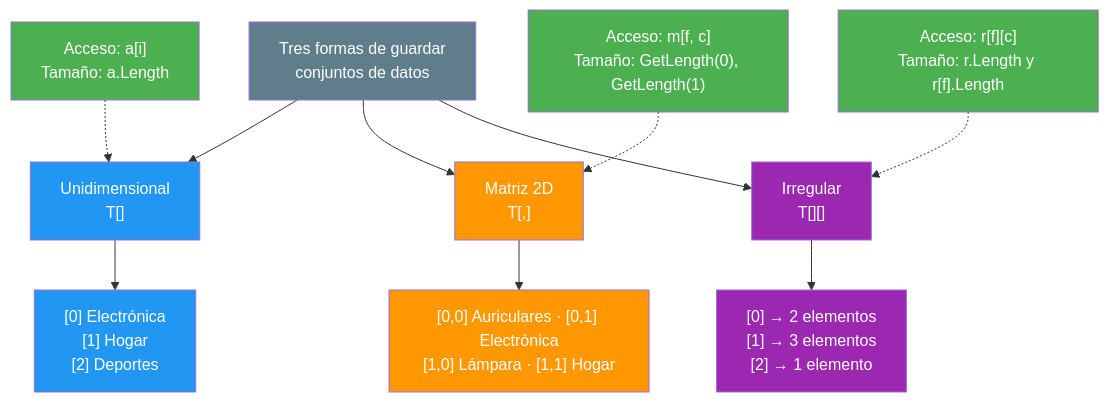
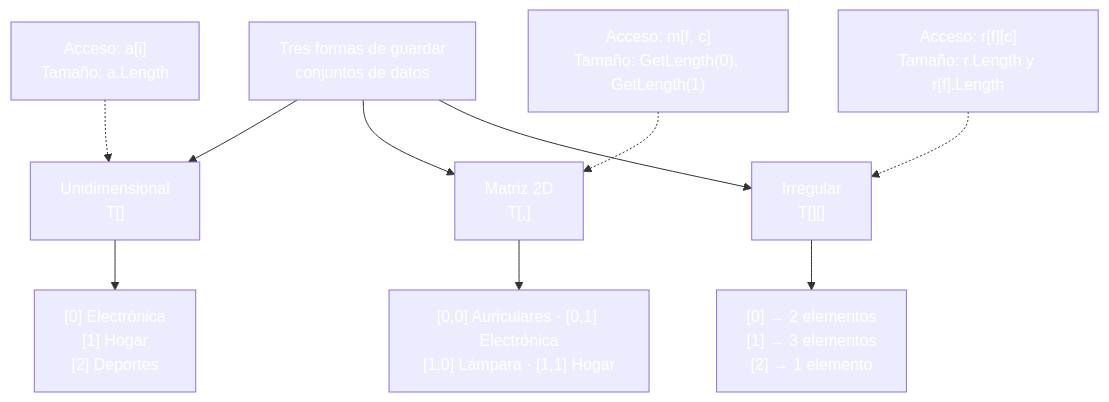
Before and after one commit to joseluisgs/DesarrolloWebEntornosServidor-03-2026-2027: the fourth of 4 diagrams in 03-estructuras-control.md, drawn with Mermaid. The commit also changed other lines of this file and 30 other files, not shown here.

````diff
--- a/03-estructuras-control.md
+++ b/03-estructuras-control.md
@@ -437,25 +437,25 @@
 ```mermaid
 graph TD
     A["Tres formas de guardar<br/>conjuntos de datos"] --> B["Unidimensional<br/>T[]"]
     A --> C["Matriz 2D<br/>T[,]"]
     A --> D["Irregular<br/>T[][]"]
 
     B --> B0["[0] Electrónica<br/>[1] Hogar<br/>[2] Deportes"]
     C --> C0["[0,0] Auriculares · [0,1] Electrónica<br/>[1,0] Lámpara · [1,1] Hogar"]
     D --> D0["[0] → 2 elementos<br/>[1] → 3 elementos<br/>[2] → 1 elemento"]
 
     B1["Acceso: a[i]<br/>Tamaño: a.Length"] -.-> B
     C1["Acceso: m[f, c]<br/>Tamaño: GetLength(0), GetLength(1)"] -.-> C
     D1["Acceso: r[f][c]<br/>Tamaño: r.Length y r[f].Length"] -.-> D
 
-    style A fill:#607D8B,color:#fff
-    style B fill:#2196F3,color:#fff
-    style C fill:#FF9800,color:#fff
-    style D fill:#9C27B0,color:#fff
-    style B0 fill:#2196F3,color:#fff
-    style C0 fill:#FF9800,color:#fff
-    style D0 fill:#9C27B0,color:#fff
-    style B1 fill:#4CAF50,color:#fff
-    style C1 fill:#4CAF50,color:#fff
-    style D1 fill:#4CAF50,color:#fff
+    style A fill:#607D8,color:#fffB,color:#fff
+    style B fill:#2196F,color:#fff3,color:#fff
+    style C fill:#FF980,color:#fff0,color:#fff
+    style D fill:#9C27B,color:#fff0,color:#fff
+    style B0 fill:#2196F,color:#fff3,color:#fff
+    style C0 fill:#FF980,color:#fff0,color:#fff
+    style D0 fill:#9C27B,color:#fff0,color:#fff
+    style B1 fill:#4CAF5,color:#fff0,color:#fff
+    style C1 fill:#4CAF5,color:#fff0,color:#fff
+    style D1 fill:#4CAF5,color:#fff0,color:#fff
 ```
````
